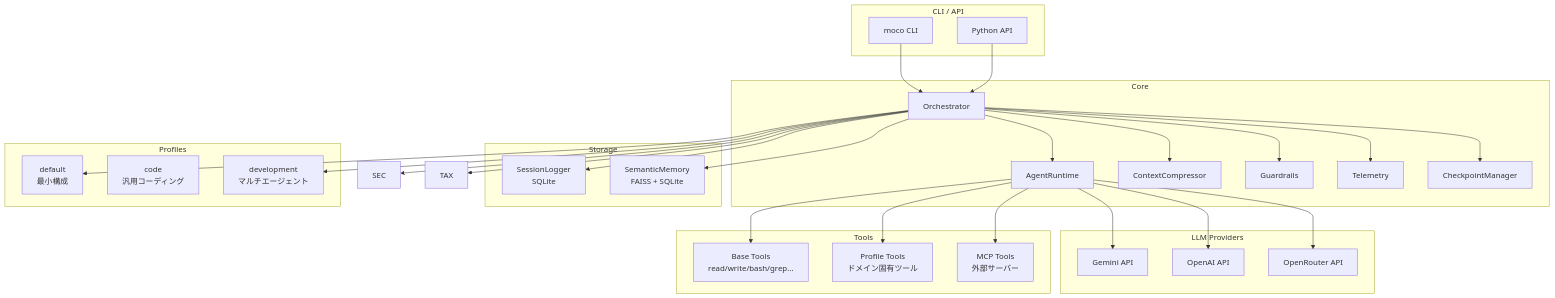
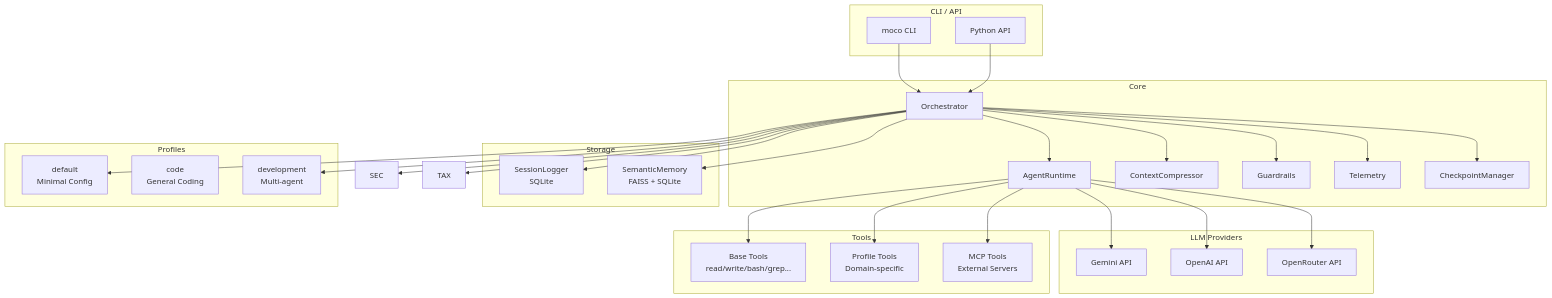
Before and after one commit to moco-ai/moco: the diagram in README.md, drawn with Mermaid. The commit also changed other lines of this file and 30 other files, not shown here.

````diff
--- a/README.md
+++ b/README.md
@@ -196,62 +196,62 @@
 ```mermaid
 graph TB
     subgraph "CLI / API"
         CLI[moco CLI]
         API[Python API]
     end
 
     subgraph "Core"
         ORCH[Orchestrator]
         RUNTIME[AgentRuntime]
         COMP[ContextCompressor]
         GUARD[Guardrails]
         TELEM[Telemetry]
         CKPT[CheckpointManager]
     end
 
     subgraph "Storage"
         SESSION[SessionLogger<br/>SQLite]
         SEMANTIC[SemanticMemory<br/>FAISS + SQLite]
     end
 
     subgraph "LLM Providers"
         GEMINI[Gemini API]
         OPENAI[OpenAI API]
         OPENROUTER[OpenRouter API]
     end
 
     subgraph "Tools"
         BASE[Base Tools<br/>read/write/bash/grep...]
-        PROFILE[Profile Tools<br/>ドメイン固有ツール]
-        MCP[MCP Tools<br/>外部サーバー]
+        PROFILE[Profile Tools<br/>Domain-specific]
+        MCP[MCP Tools<br/>External Servers]
     end
 
     subgraph "Profiles"
-        DEFAULT[default<br/>最小構成]
-        CODE[code<br/>汎用コーディング]
-        DEV[development<br/>マルチエージェント]
+        DEFAULT[default<br/>Minimal Config]
+        CODE[code<br/>General Coding]
+        DEV[development<br/>Multi-agent]
     end
 
     CLI --> ORCH
     API --> ORCH
     ORCH --> RUNTIME
     ORCH --> COMP
     ORCH --> GUARD
     ORCH --> TELEM
     ORCH --> CKPT
     ORCH --> SESSION
     ORCH --> SEMANTIC
 
     RUNTIME --> GEMINI
     RUNTIME --> OPENAI
     RUNTIME --> OPENROUTER
 
     RUNTIME --> BASE
     RUNTIME --> PROFILE
     RUNTIME --> MCP
 
     ORCH --> DEFAULT
     ORCH --> DEV
     ORCH --> SEC
     ORCH --> TAX
 ```
````
